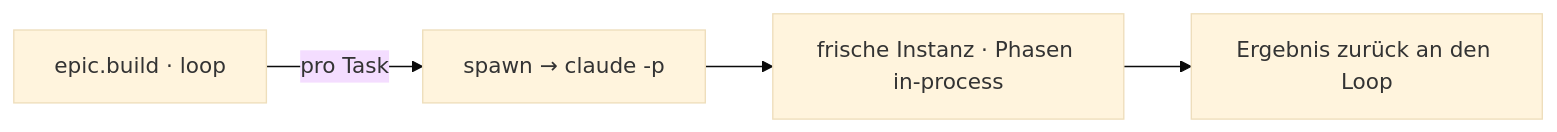
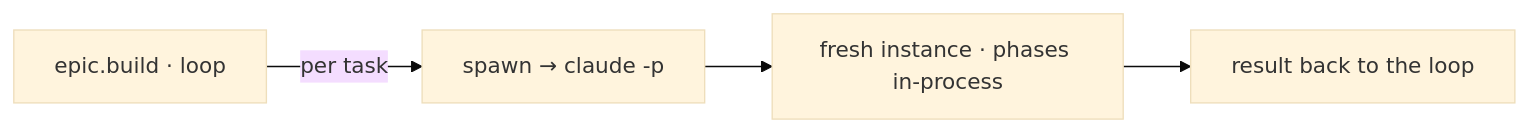
The diagram in docs/core/spawn.md (chafoo/anchored), drawn with Mermaid (base theme) before and after one commit. The commit also changed other lines of this file and 131 other files, not shown here.

````diff
--- a/docs/core/spawn.md
+++ b/docs/core/spawn.md
@@ -20,6 +20,6 @@
 ```mermaid
 flowchart LR
-    loop["epic.build · loop"] -->|pro Task| s["spawn → claude -p"]
-    s --> inst["frische Instanz · Phasen in-process"]
-    inst --> r["Ergebnis zurück an den Loop"]
+    loop["epic.build · loop"] -->|per task| s["spawn → claude -p"]
+    s --> inst["fresh instance · phases in-process"]
+    inst --> r["result back to the loop"]
 ```
````
